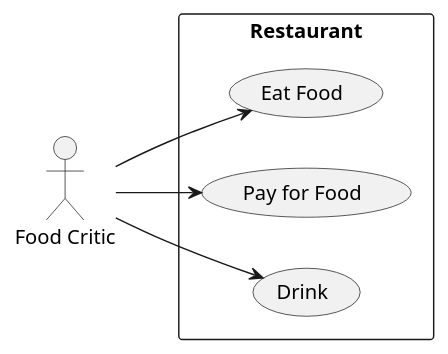
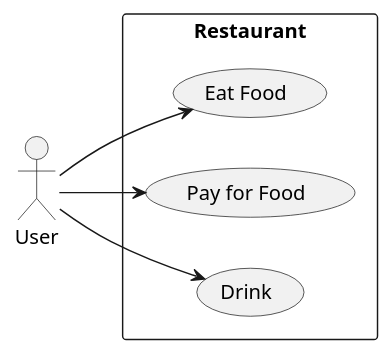
One commit to ko246/ohara_uml changed the diagram in group/06_robo_dog_3/ユースケース図/usecase.pu. Above: the diagram before and after it, drawn with PlantUML. The commit also changed 1 other file, not shown here.

```diff
--- a/group/06_robo_dog_3/ユースケース図/usecase.pu
+++ b/group/06_robo_dog_3/ユースケース図/usecase.pu
@@ -1,12 +1,12 @@
 @startuml
 left to right direction
-actor "Food Critic" as fc
+actor "User" as fc
 rectangle Restaurant {
   usecase "Eat Food" as UC1
   usecase "Pay for Food" as UC2
   usecase "Drink" as UC3
 }
 fc --> UC1
 fc --> UC2
 fc --> UC3
 @enduml
```
